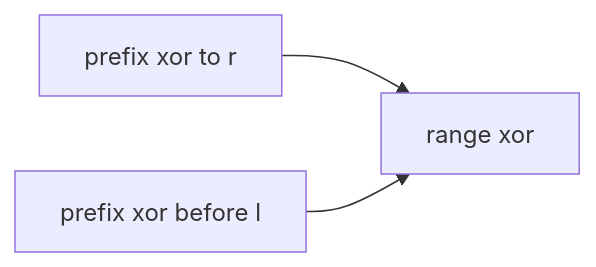
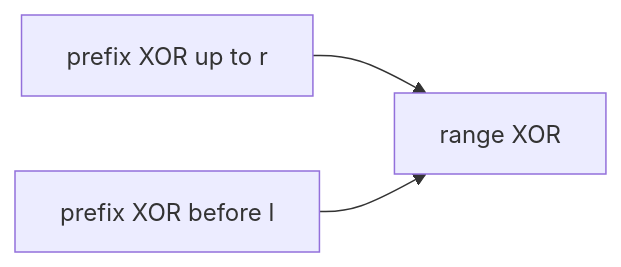
The seventh of 22 diagrams in CP_DSA_NOTES/CONCEPT_FRAMEWORK_FORMS_TATICS/bitwise_playbook.md (mthaiseer/springcloud-systemdesign-notes), drawn with Mermaid before and after one commit. The commit also changed other lines of this file, not shown here.

````diff
--- a/CP_DSA_NOTES/CONCEPT_FRAMEWORK_FORMS_TATICS/bitwise_playbook.md
+++ b/CP_DSA_NOTES/CONCEPT_FRAMEWORK_FORMS_TATICS/bitwise_playbook.md
@@ -337,5 +322,5 @@
 ```mermaid
 flowchart LR
-    A["prefix xor to r"] --> C["range xor"]
-    B["prefix xor before l"] --> C
+    A["prefix XOR up to r"] --> C["range XOR"]
+    B["prefix XOR before l"] --> C
 ```
````
